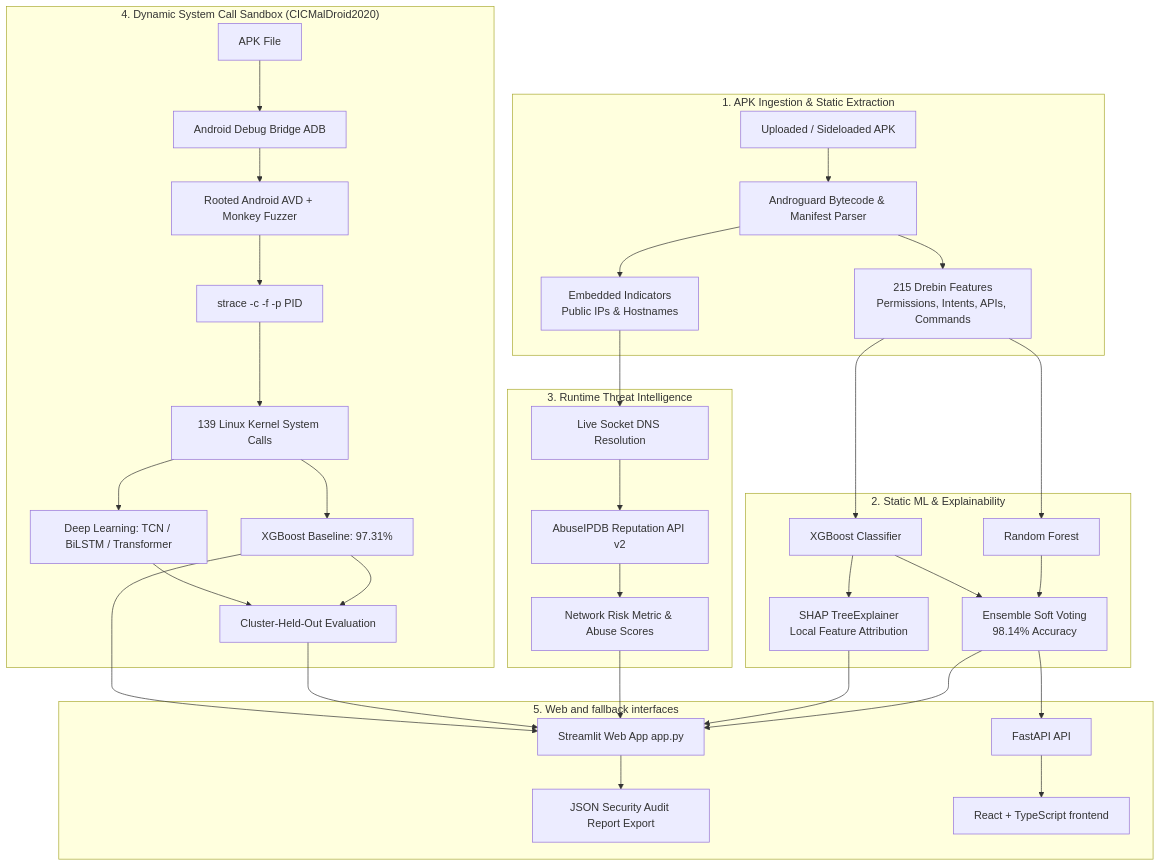
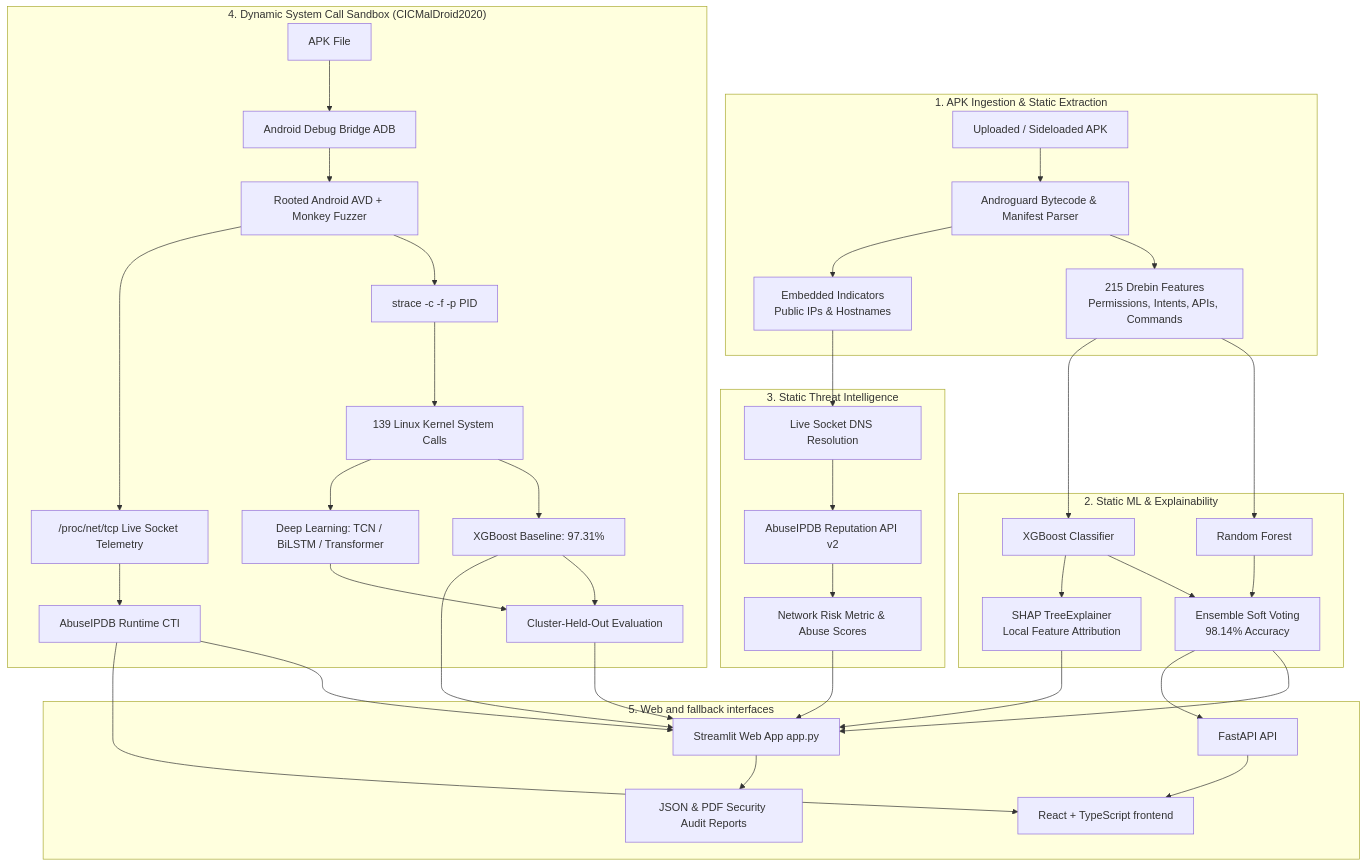
Before and after one commit to Sanjay006-28/cis: the diagram in README.md, drawn with Mermaid. The commit also changed other lines of this file and 23 other files, not shown here.

Commit message:
feat: implement runtime threat intelligence, intelligent launcher, UI overhaul, and comprehensive audit verification

````diff
--- a/README.md
+++ b/README.md
@@ -64,42 +66,46 @@
 ```mermaid
 flowchart TD
     subgraph Ingestion["1. APK Ingestion & Static Extraction"]
         APK[Uploaded / Sideloaded APK] --> AG[Androguard Bytecode & Manifest Parser]
         AG --> Feat[215 Drebin Features\nPermissions, Intents, APIs, Commands]
         AG --> Net[Embedded Indicators\nPublic IPs & Hostnames]
     end
 
     subgraph StaticEngine["2. Static ML & Explainability"]
         Feat --> RF[Random Forest]
         Feat --> XGB[XGBoost Classifier]
         RF & XGB --> Ensemble[Ensemble Soft Voting\n98.14% Accuracy]
         XGB --> SHAP[SHAP TreeExplainer\nLocal Feature Attribution]
     end
 
-    subgraph ThreatIntel["3. Runtime Threat Intelligence"]
+    subgraph ThreatIntel["3. Static Threat Intelligence"]
         Net --> DNS[Live Socket DNS Resolution]
         DNS --> AbuseAPI[AbuseIPDB Reputation API v2]
         AbuseAPI --> NetRisk[Network Risk Metric & Abuse Scores]
     end
 
     subgraph DynamicEngine["4. Dynamic System Call Sandbox (CICMalDroid2020)"]
         LiveAPK[APK File] --> ADB[Android Debug Bridge ADB]
         ADB --> Emulator[Rooted Android AVD + Monkey Fuzzer]
         Emulator --> Strace[strace -c -f -p PID]
+        Emulator --> NetProc["/proc/net/tcp Live Socket Telemetry"]
         Strace --> SysCalls[139 Linux Kernel System Calls]
+        NetProc --> AbuseAPIDyn["AbuseIPDB Runtime CTI"]
         SysCalls --> DynXGB[XGBoost Baseline: 97.31%]
         SysCalls --> DL[Deep Learning: TCN / BiLSTM / Transformer]
         DynXGB & DL --> ClusterCV[Cluster-Held-Out Evaluation]
     end
 
     subgraph Dashboard["5. Web and fallback interfaces"]
         Ensemble --> UI[Streamlit Web App app.py]
         SHAP --> UI
         NetRisk --> UI
+        AbuseAPIDyn --> UI
+        AbuseAPIDyn --> React
         ClusterCV --> UI
         DynXGB --> UI
-        UI --> Export[JSON Security Audit Report Export]
+        UI --> Export[JSON & PDF Security Audit Reports]
         Ensemble --> API[FastAPI API]
         API --> React[React + TypeScript frontend]
     end
 ```
````
